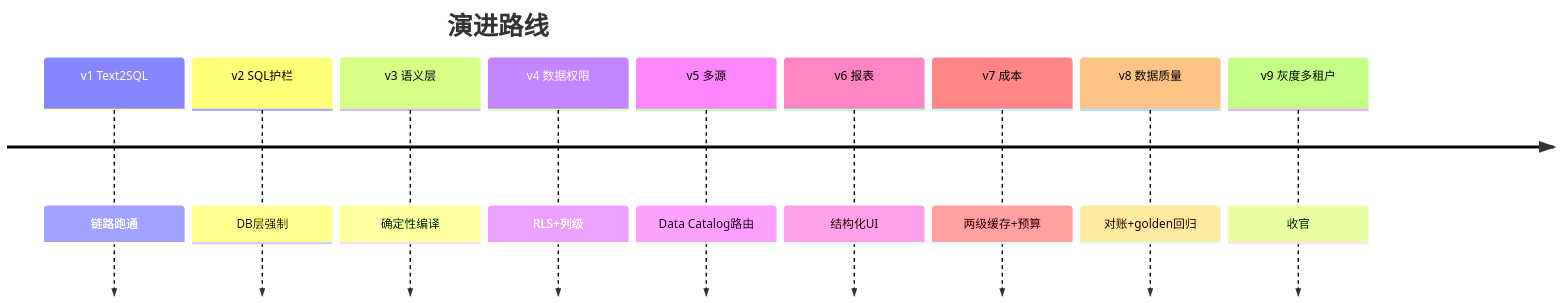
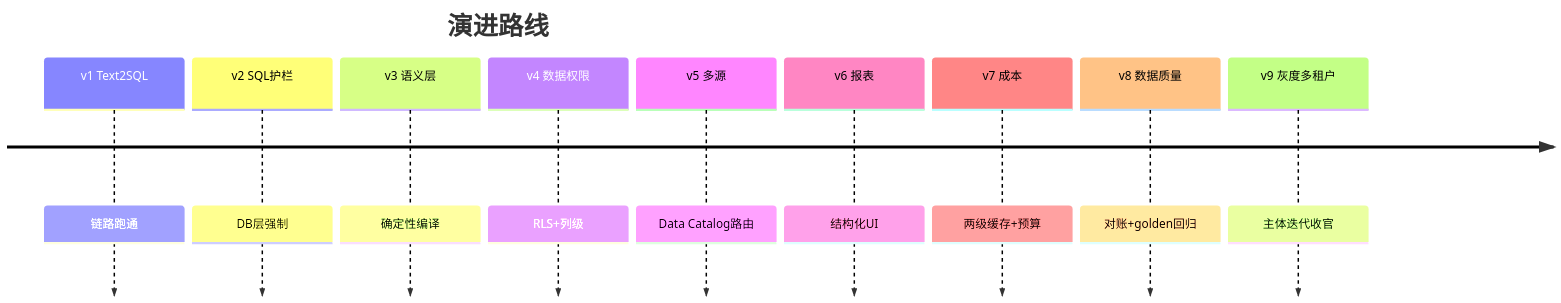
The second of 2 diagrams in docs/项目/10-数据智能分析平台/09-迭代八-灰度发布与多租户.md (UranusGit/java-agent-learn), drawn with Mermaid before and after one commit. The commit also changed other lines of this file and 114 other files, not shown here.

````diff
--- a/docs/项目/10-数据智能分析平台/09-迭代八-灰度发布与多租户.md
+++ b/docs/项目/10-数据智能分析平台/09-迭代八-灰度发布与多租户.md
@@ -314,13 +314,13 @@
 ```mermaid
 timeline
     title 演进路线
     v1 Text2SQL : 链路跑通
     v2 SQL护栏 : DB层强制
     v3 语义层 : 确定性编译
     v4 数据权限 : RLS+列级
     v5 多源 : Data Catalog路由
     v6 报表 : 结构化UI
     v7 成本 : 两级缓存+预算
     v8 数据质量 : 对账+golden回归
-    v9 灰度多租户 : 收官
+    v9 灰度多租户 : 主体迭代收官
 ```
````
